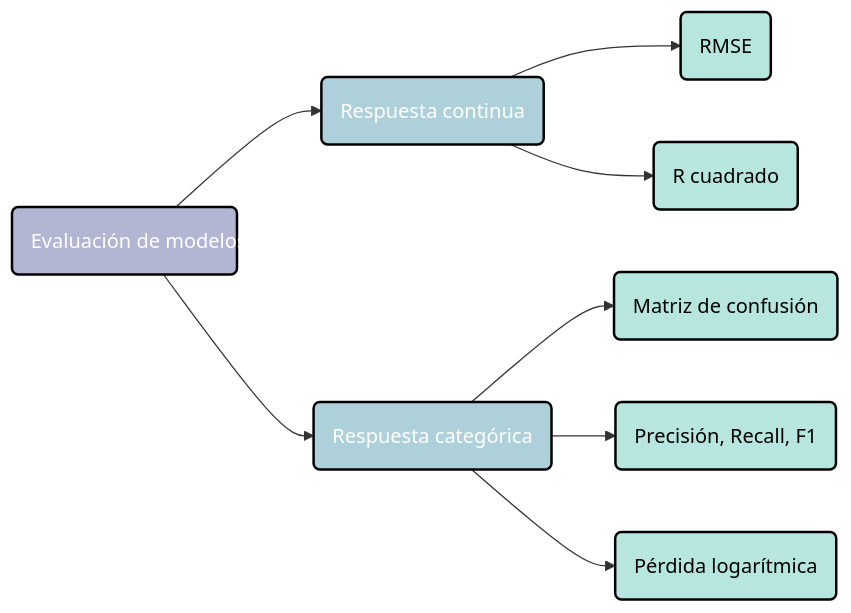
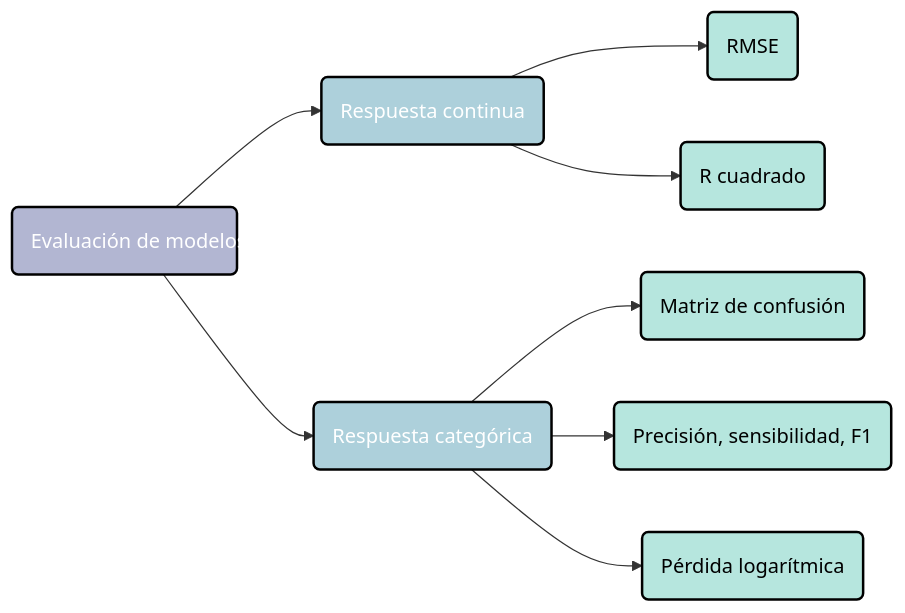
The diagram in evaluacion_de_modelos.qmd (maRce10/aprendizaje_estadistico_2024), drawn with Mermaid before and after one commit.

````diff
--- a/evaluacion_de_modelos.qmd
+++ b/evaluacion_de_modelos.qmd
@@ -68,22 +68,22 @@
 ```{mermaid}
 
 flowchart LR
     classDef largeText font-size:18px, padding:15px;
 
     A(Evaluación de modelos) --> B(Respuesta continua)
     A --> C("Respuesta categórica")
     B --> D(RMSE)
     B --> E(R cuadrado)
     C --> F("Matriz de confusión")
-    C --> G("Precisión, Recall, F1")
+    C --> G("Precisión, sensibilidad, F1")
     C --> H("Pérdida logarítmica")
 
     style A fill:#40498E66, stroke:#000, stroke-width:2px, color:#FFF, width:180px
     style B fill:#348AA666, stroke:#000, stroke-width:2px, color:#FFF 
     style C fill:#348AA666, stroke:#000, stroke-width:2px, color:#FFF
     style D fill:#49C1AD66, stroke:#000, stroke-width:2px, color:#000
     style E fill:#49C1AD66, stroke:#000, stroke-width:2px, color:#000
     style F fill:#49C1AD66, stroke:#000, stroke-width:2px, color:#000
     style G fill:#49C1AD66, stroke:#000, stroke-width:2px, color:#000
     style H fill:#49C1AD66, stroke:#000, stroke-width:2px, color:#000
 ```
````
